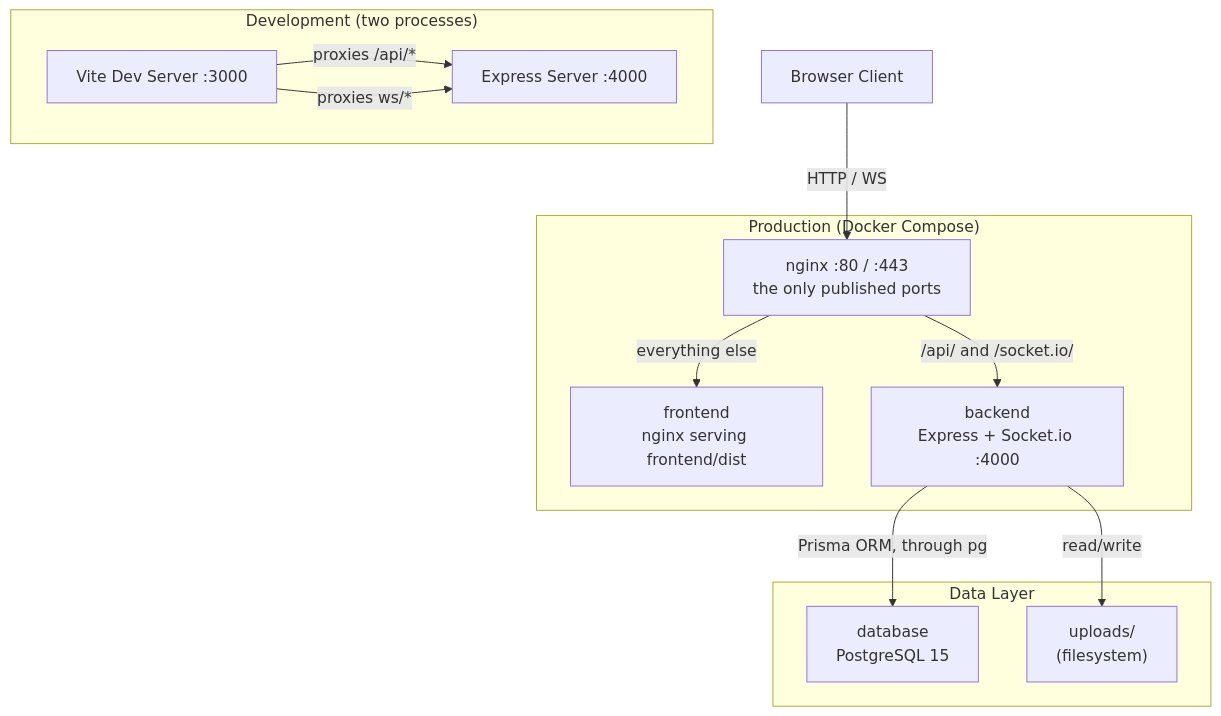
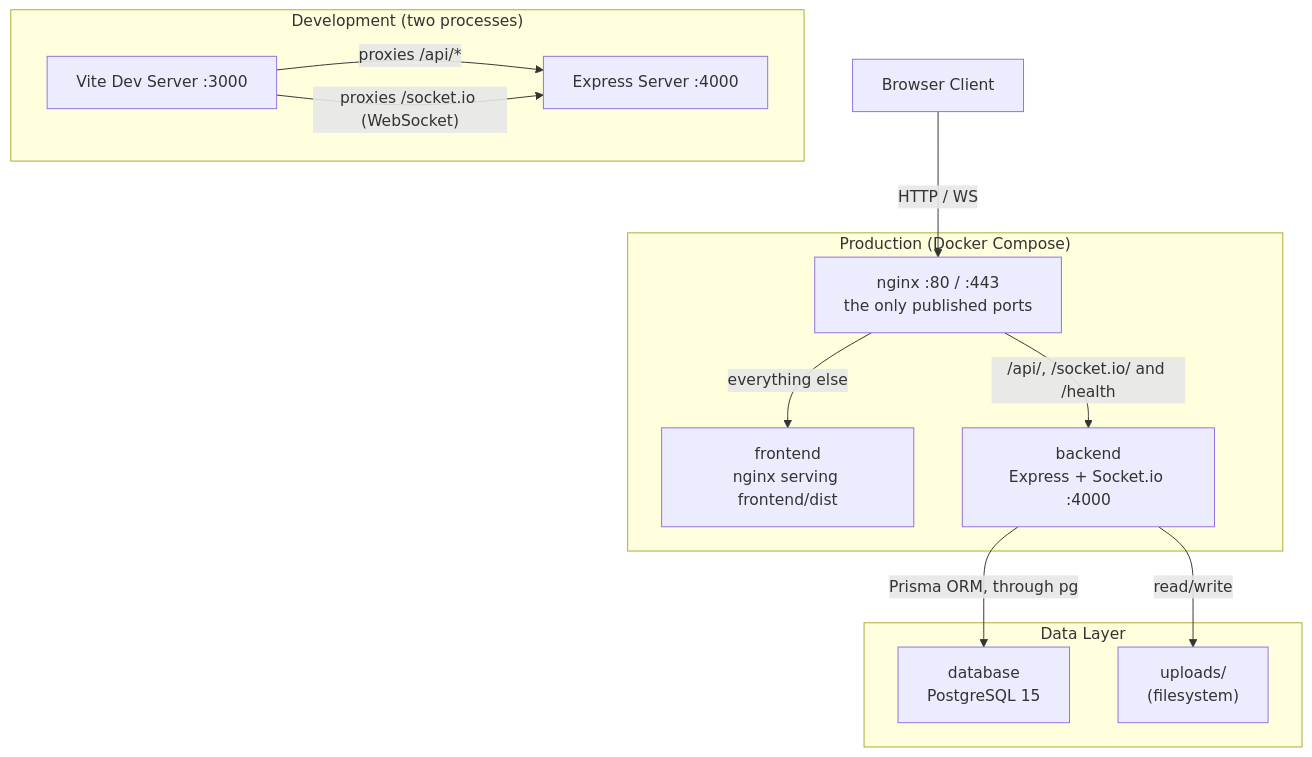
The first of 6 diagrams in docs/ARCHITECTURE.md (CheekyChinchilla/CozyVTT), drawn with Mermaid before and after one commit. The commit also changed other lines of this file, not shown here.

First line of the commit message:
Describe the 1.5.3 containers, router and build in ARCHITECTURE

````diff
--- a/docs/ARCHITECTURE.md
+++ b/docs/ARCHITECTURE.md
@@ -25,28 +25,28 @@
 ```mermaid
 graph TB
     Browser["Browser Client"]
 
     subgraph Production["Production (Docker Compose)"]
         Nginx["nginx :80 / :443\nthe only published ports"]
         Frontend["frontend\nnginx serving frontend/dist"]
         Backend["backend\nExpress + Socket.io :4000"]
-        Nginx -- "/api/ and /socket.io/" --> Backend
+        Nginx -- "/api/, /socket.io/ and /health" --> Backend
         Nginx -- "everything else" --> Frontend
     end
 
     subgraph Development["Development (two processes)"]
         ViteDev["Vite Dev Server :3000"]
         BackendDev["Express Server :4000"]
         ViteDev -- proxies /api/* --> BackendDev
-        ViteDev -- proxies ws/* --> BackendDev
+        ViteDev -- "proxies /socket.io (WebSocket)" --> BackendDev
     end
 
     subgraph Data["Data Layer"]
         Postgres["database\nPostgreSQL 15"]
         Uploads["uploads/\n(filesystem)"]
     end
 
     Browser -- "HTTP / WS" --> Nginx
     Backend -- "Prisma ORM, through pg" --> Postgres
     Backend -- "read/write" --> Uploads
 ```
````
